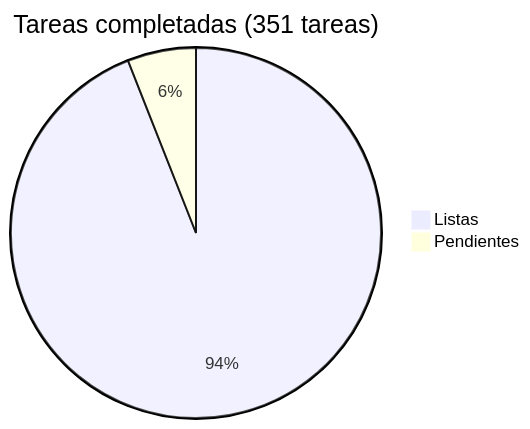
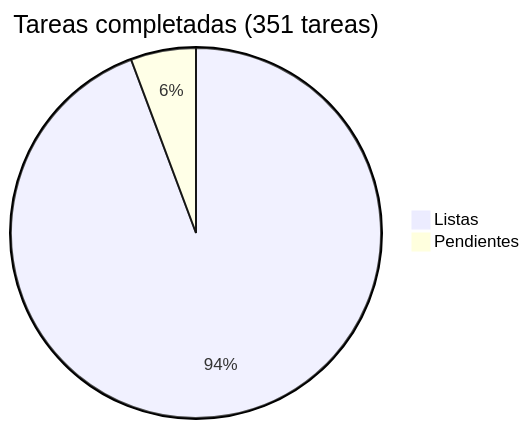
The diagram in docs/roadmap/README.md (araguaney-lat/araguaney), drawn with Mermaid before and after one commit. The commit also changed other lines of this file and 10 other files, not shown here.

````diff
--- a/docs/roadmap/README.md
+++ b/docs/roadmap/README.md
@@ -5,5 +5,5 @@
 ```mermaid
 pie title Tareas completadas (351 tareas)
-    "Listas" : 330
-    "Pendientes" : 21
+    "Listas" : 331
+    "Pendientes" : 20
 ```
````
